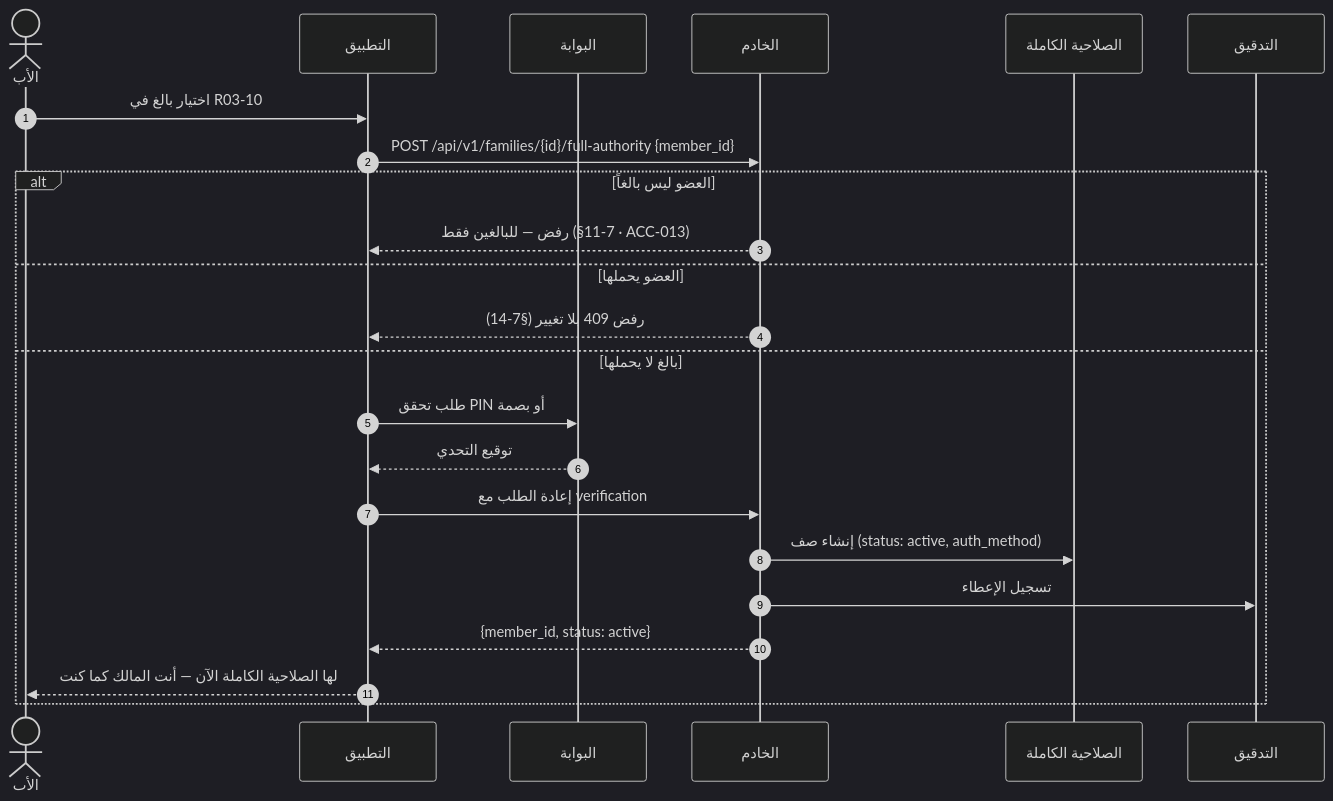
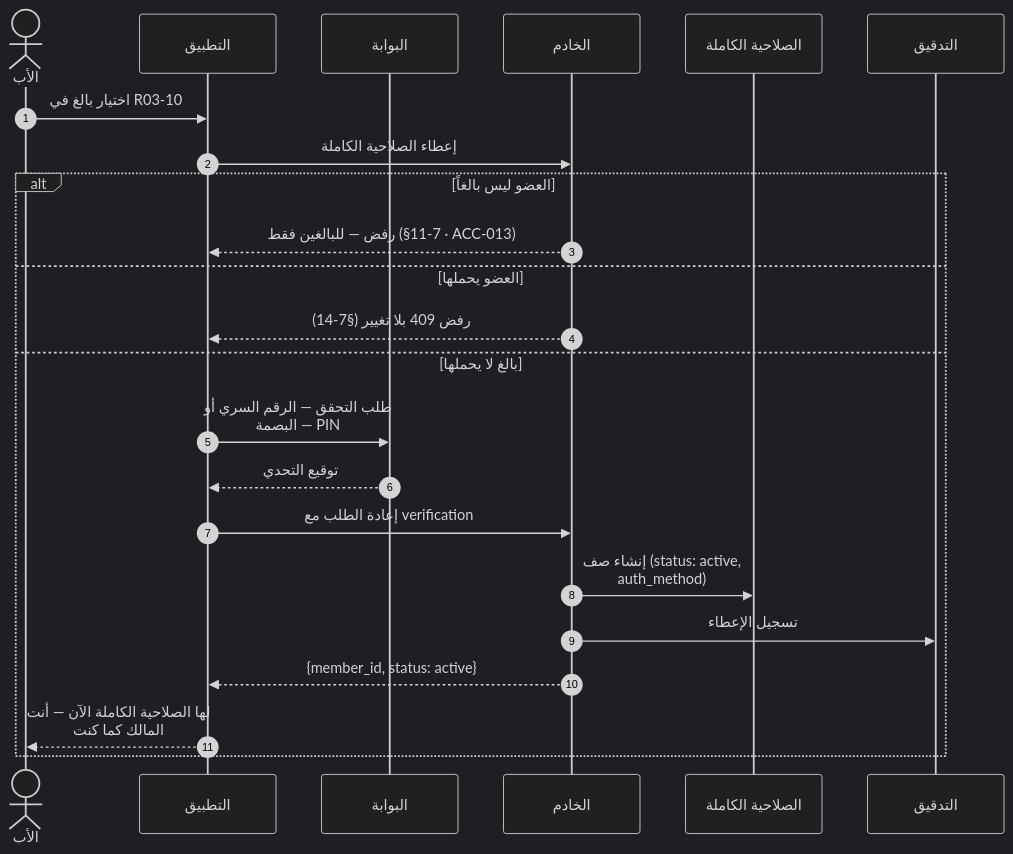
Before and after one commit to Bassam-mohammed-alqaeadi/family-os-v2: the tenth of 39 diagrams in docs/family-os/governance/phases/phase-1/S1-03-family-roles-and-permissions/DIAGRAMS.md, drawn with Mermaid (dark theme). The commit also changed other lines of this file, not shown here.

````diff
--- a/docs/family-os/governance/phases/phase-1/S1-03-family-roles-and-permissions/DIAGRAMS.md
+++ b/docs/family-os/governance/phases/phase-1/S1-03-family-roles-and-permissions/DIAGRAMS.md
@@ -451,26 +496,27 @@
 ```mermaid
+%%{init: {"sequence": {"wrap": true}}}%%
 sequenceDiagram
     autonumber
     actor Father as الأب
     participant App as التطبيق
     participant S101 as البوابة
     participant Ktor as الخادم
     participant FA as الصلاحية الكاملة
     participant Audit as التدقيق
 
     Father->>App: اختيار بالغ في R03-10
-    App->>Ktor: POST /api/v1/families/{id}/full-authority {member_id}
+    App->>Ktor: إعطاء الصلاحية الكاملة
     alt العضو ليس بالغاً
         Ktor-->>App: رفض — للبالغين فقط (§7-11 · ACC-013)
     else العضو يحملها
         Ktor-->>App: رفض 409 بلا تغيير (§7-14)
     else بالغ لا يحملها
-        App->>S101: طلب تحقق PIN أو بصمة
+        App->>S101: طلب التحقق — الرقم السري أو البصمة — PIN
         S101-->>App: توقيع التحدي
         App->>Ktor: إعادة الطلب مع verification
         Ktor->>FA: إنشاء صف (status: active, auth_method)
         Ktor->>Audit: تسجيل الإعطاء
         Ktor-->>App: {member_id, status: active}
         App-->>Father: لها الصلاحية الكاملة الآن — أنت المالك كما كنت
     end
 ```
````
